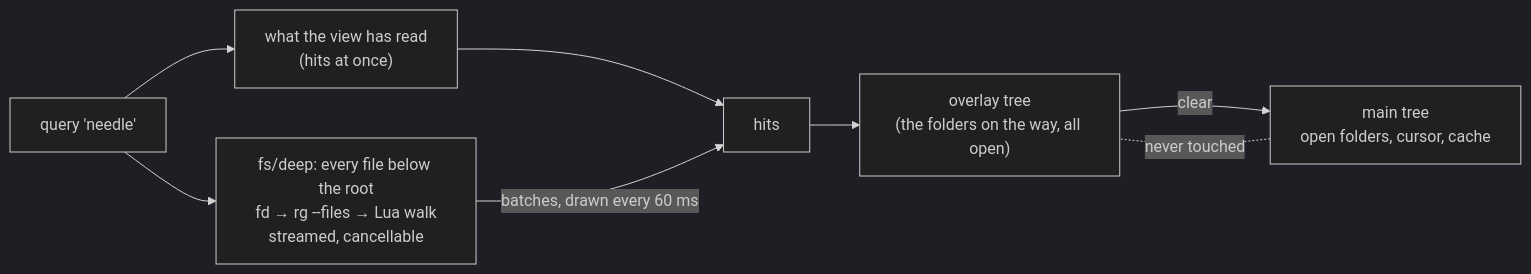
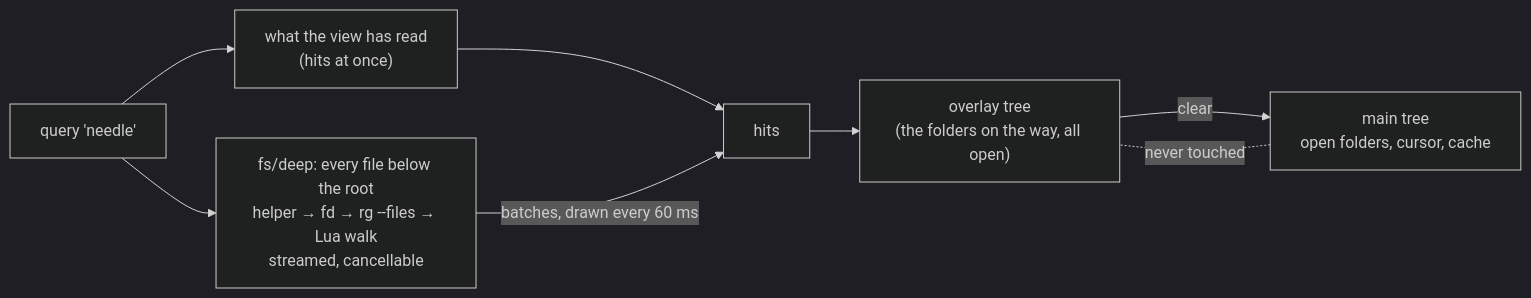
The third of 3 diagrams in docs/FEATURES/BACKENDS.md (WKDSteve/filetree.nvim), drawn with Mermaid (dark theme) before and after one commit. The commit also changed other lines of this file and 4 other files, not shown here.

````diff
--- a/docs/FEATURES/BACKENDS.md
+++ b/docs/FEATURES/BACKENDS.md
@@ -149,10 +153,10 @@
 ```mermaid
 flowchart LR
   Q["query 'needle'"] --> K["what the view has read<br/>(hits at once)"]
-  Q --> D["fs/deep: every file below the root<br/>fd → rg --files → Lua walk<br/>streamed, cancellable"]
+  Q --> D["fs/deep: every file below the root<br/>helper → fd → rg --files → Lua walk<br/>streamed, cancellable"]
   K --> H["hits"]
   D -->|"batches, drawn every 60 ms"| H
   H --> O["overlay tree<br/>(the folders on the way, all open)"]
   M["main tree<br/>open folders, cursor, cache"] -. "never touched" .- O
   O -->|"clear"| M
 ```
````
